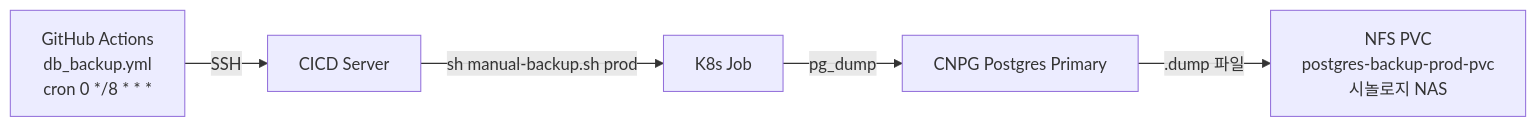
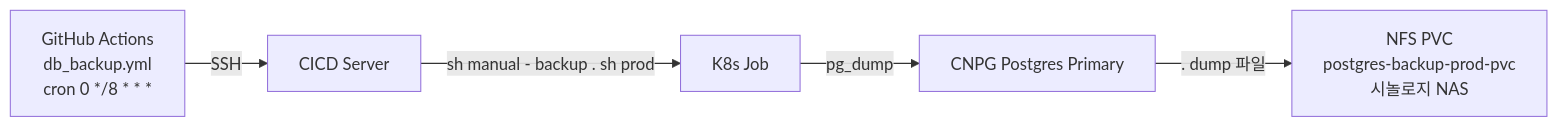
One commit to nc2U/ibs changed the first of 2 diagrams in .agents/artifacts/cnpg_backup_migration_plan.md. Above: the diagram before and after it, drawn with Mermaid. The commit also changed other lines of this file, not shown here.

Commit message:
cnpg_backup docs update

````diff
--- a/.agents/artifacts/cnpg_backup_migration_plan.md
+++ b/.agents/artifacts/cnpg_backup_migration_plan.md
@@ -7,7 +7,7 @@
 ```mermaid
 graph LR
     A[GitHub Actions<br/>db_backup.yml<br/>cron 0 */8 * * *] -->|SSH| B[CICD Server]
-    B -->|sh manual-backup.sh prod| C[K8s Job]
+    B -->|sh manual - backup . sh prod| C[K8s Job]
     C -->|pg_dump| D[CNPG Postgres Primary]
-    D -->|.dump 파일| E[NFS PVC<br/>postgres-backup-prod-pvc<br/>시놀로지 NAS]
+    D -->|. dump 파일| E[NFS PVC<br/>postgres-backup-prod-pvc<br/>시놀로지 NAS]
 ```
````
